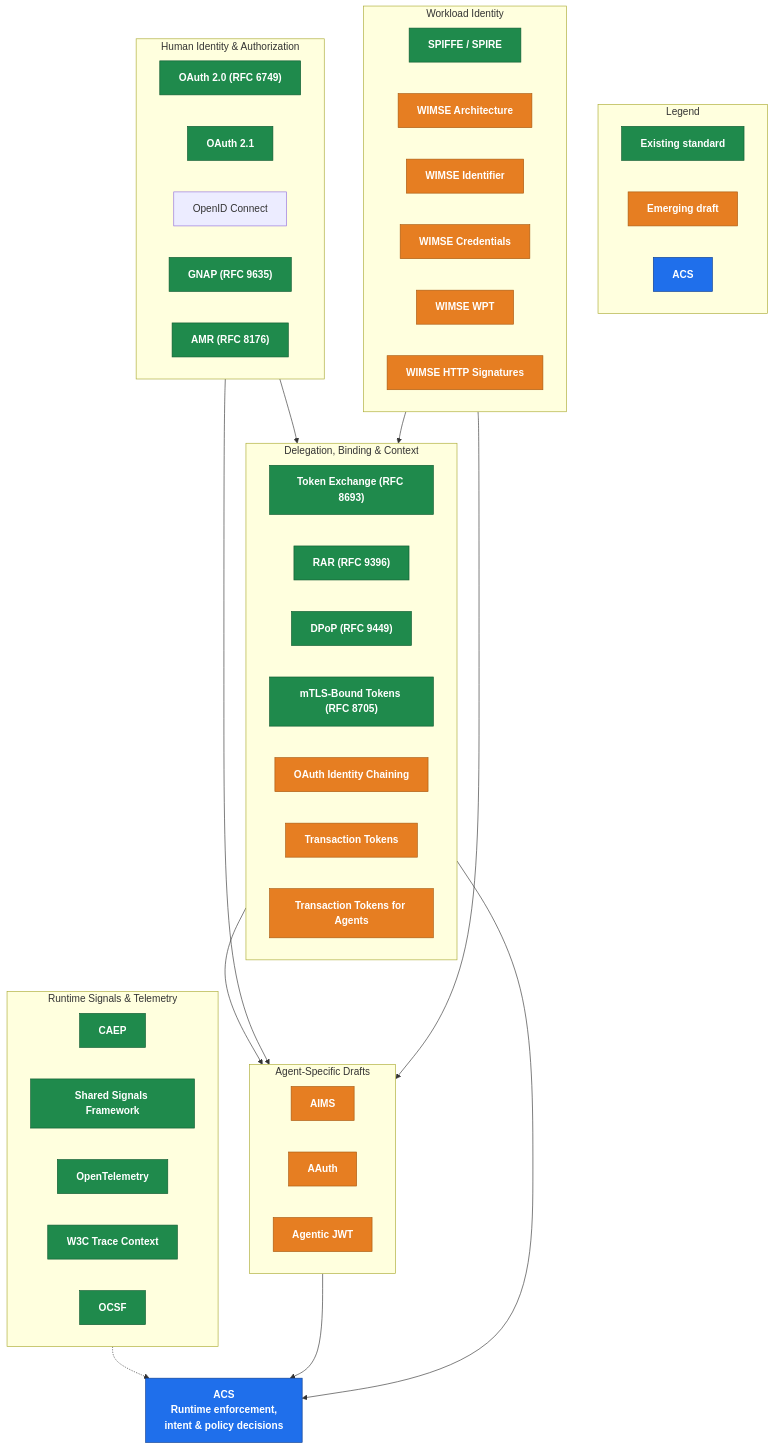
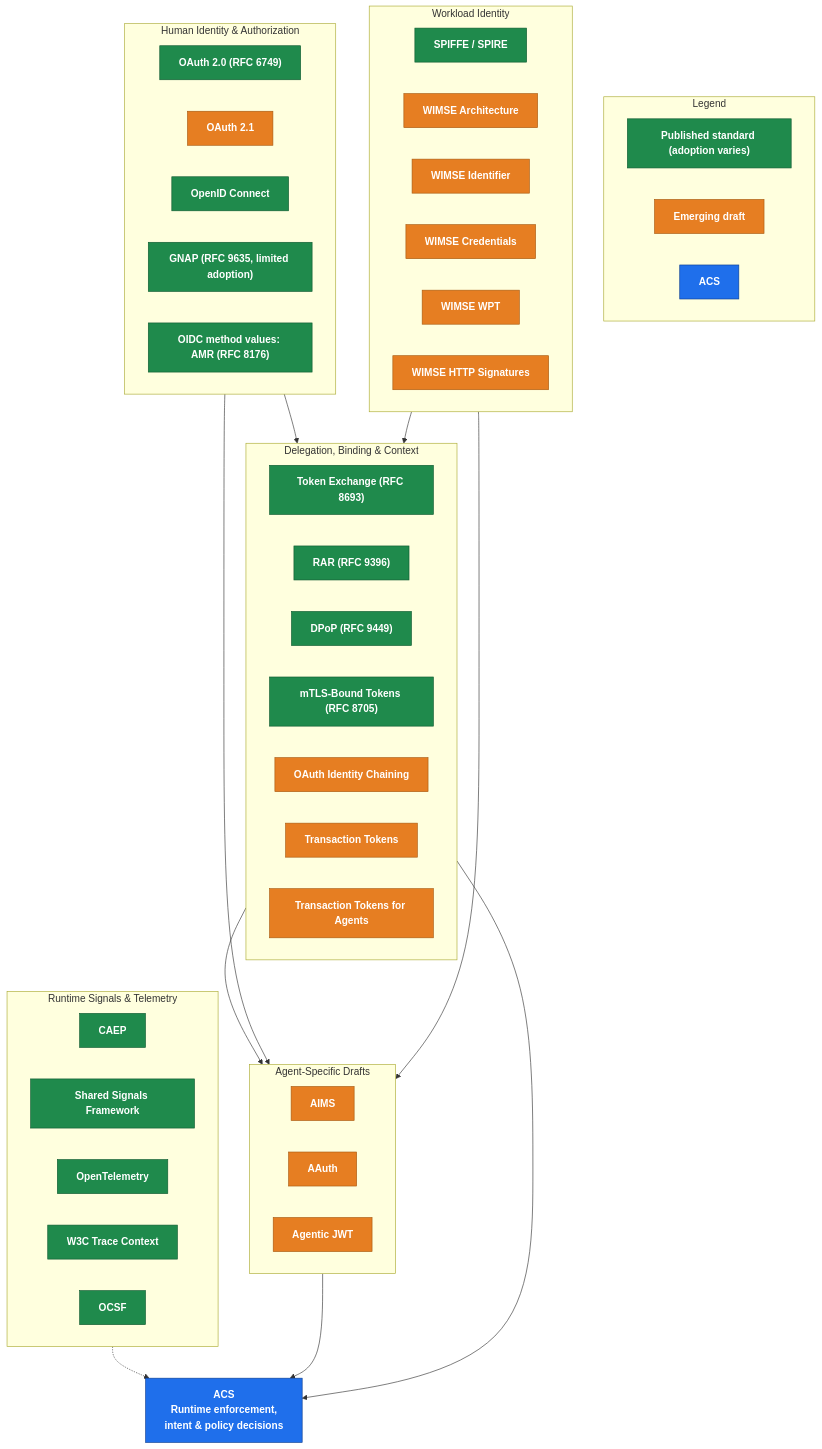
The diagram in docs/identity/standards.md (GenAI-Security-Project/agent-control-standard), drawn with Mermaid before and after one commit. The commit also changed other lines of this file and 2 other files, not shown here.

````diff
--- a/docs/identity/standards.md
+++ b/docs/identity/standards.md
@@ -25,65 +25,65 @@
 ```mermaid
 flowchart TB
     subgraph Legend["Legend"]
         direction LR
-        L1["Existing standard"]:::existing
+        L1["Published standard (adoption varies)"]:::existing
         L2["Emerging draft"]:::emerging
         L3["ACS"]:::acs
     end
 
     subgraph Human["Human Identity & Authorization"]
         OAuth20["OAuth 2.0 (RFC 6749)"]:::existing
-        OAuth21["OAuth 2.1"]:::existing
-        OIDC["OpenID Connect"]:::existingF
-        GNAP["GNAP (RFC 9635)"]:::existing
-        AMR["AMR (RFC 8176)"]:::existing
+        OAuth21["OAuth 2.1"]:::emerging
+        OIDC["OpenID Connect"]:::existing
+        GNAP["GNAP (RFC 9635, limited adoption)"]:::existing
+        AMR["OIDC method values: AMR (RFC 8176)"]:::existing
     end
 
     subgraph Workload["Workload Identity"]
         SPIFFE["SPIFFE / SPIRE"]:::existing
         WIMSE_ARCH["WIMSE Architecture"]:::emerging
         WIMSE_ID["WIMSE Identifier"]:::emerging
         WIMSE_CRED["WIMSE Credentials"]:::emerging
         WIMSE_WPT["WIMSE WPT"]:::emerging
         WIMSE_SIG["WIMSE HTTP Signatures"]:::emerging
     end
 
     subgraph Delegation["Delegation, Binding & Context"]
         TOKEX["Token Exchange (RFC 8693)"]:::existing
         RAR["RAR (RFC 9396)"]:::existing
         DPOP["DPoP (RFC 9449)"]:::existing
         MTLS["mTLS-Bound Tokens (RFC 8705)"]:::existing
         CHAIN["OAuth Identity Chaining"]:::emerging
         TXTOK["Transaction Tokens"]:::emerging
         TXTOK_A["Transaction Tokens for Agents"]:::emerging
     end
 
     subgraph Agents["Agent-Specific Drafts"]
         AIMS["AIMS"]:::emerging
         AAUTH["AAuth"]:::emerging
         AJWT["Agentic JWT"]:::emerging
     end
 
     subgraph Signals["Runtime Signals & Telemetry"]
         CAEP["CAEP"]:::existing
         SSF["Shared Signals Framework"]:::existing
         OTEL["OpenTelemetry"]:::existing
         TRACE["W3C Trace Context"]:::existing
         OCSF["OCSF"]:::existing
     end
 
     Human --> Delegation
     Workload --> Delegation
     Delegation --> Agents
     Human --> Agents
     Workload --> Agents
     Signals -.-> ACS
     Agents --> ACS
     Delegation --> ACS
 
     ACS["ACS<br/>Runtime enforcement,<br/>intent &amp; policy decisions"]:::acs
 
     classDef existing fill:#1f8a4c,stroke:#0e5a30,color:#fff,font-weight:bold;
     classDef emerging fill:#e67e22,stroke:#a85a10,color:#fff,font-weight:bold;
     classDef acs fill:#1f6feb,stroke:#0b3d91,color:#fff,font-weight:bold;
 ```
````
